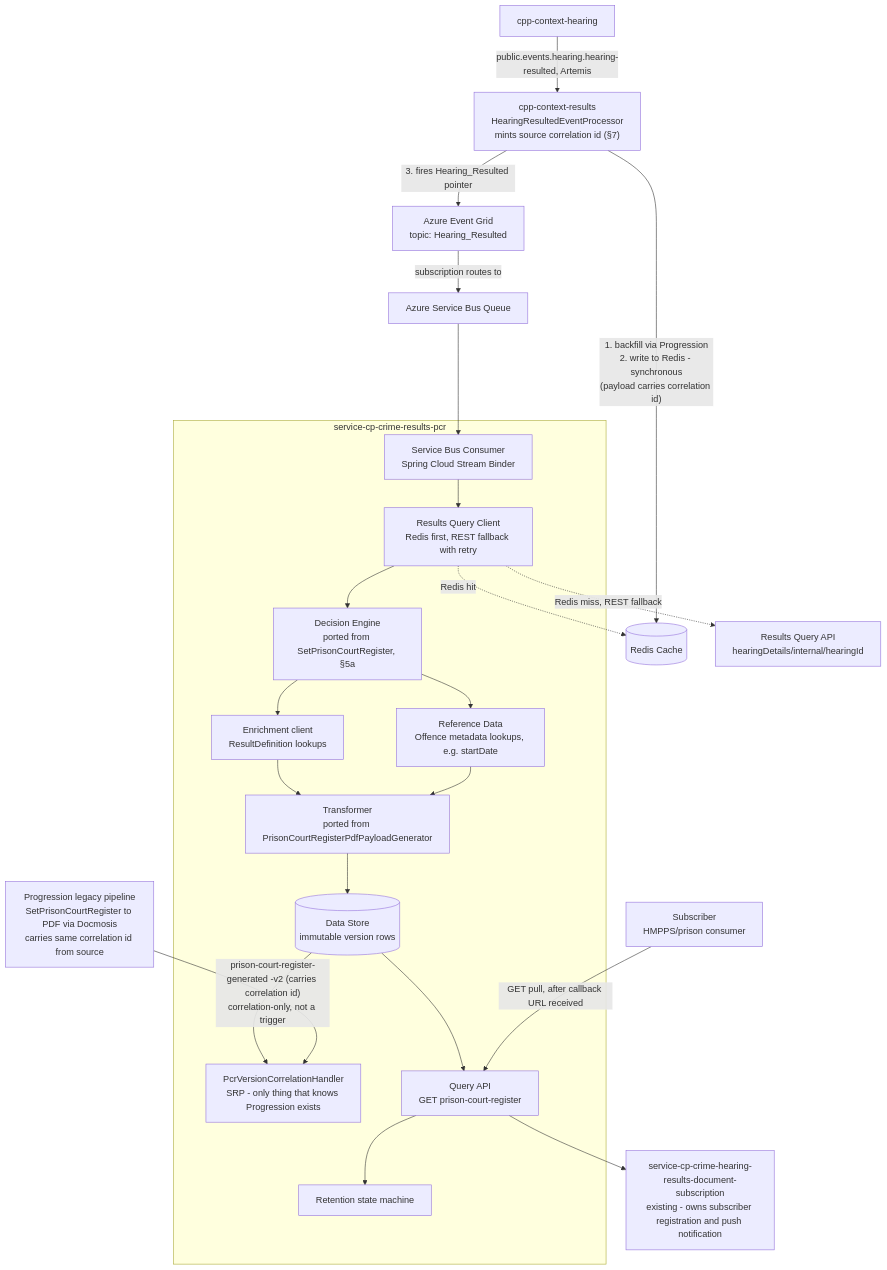
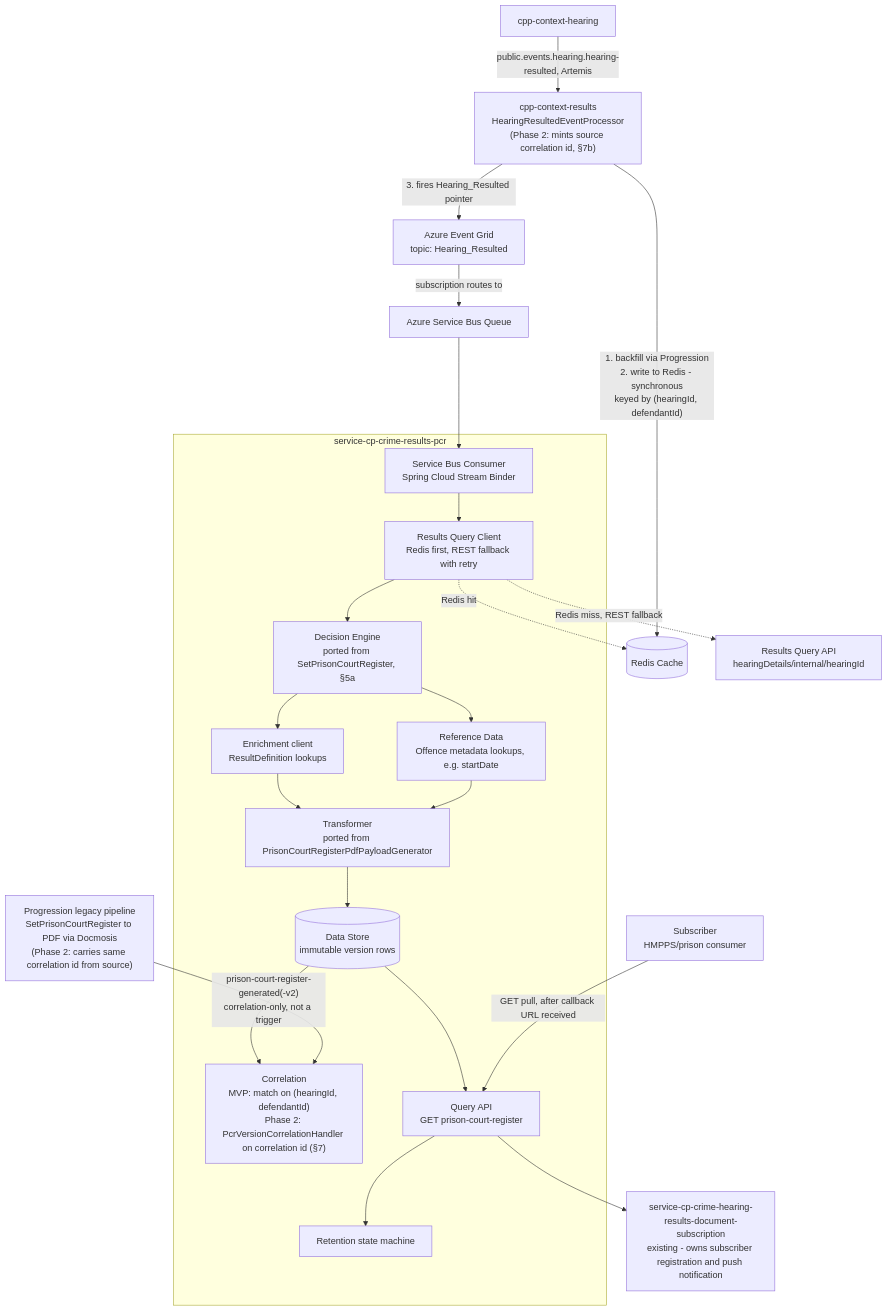
The first of 2 diagrams in docs/2026-07-16-pcr-api-marketplace-design-v2.md (hmcts/service-cp-crime-results-pcr), drawn with Mermaid before and after one commit. The commit also changed other lines of this file, not shown here.

First line of the commit message:
docs: phase correlation — MVP on (hearingId, defendantId), source-minted id deferred to Phase 2

````diff
--- a/docs/2026-07-16-pcr-api-marketplace-design-v2.md
+++ b/docs/2026-07-16-pcr-api-marketplace-design-v2.md
@@ -31,30 +31,30 @@
 ```mermaid
 flowchart TB
-    Hearing["cpp-context-hearing"] -->|"public.events.hearing.hearing-resulted, Artemis"| Results["cpp-context-results<br/>HearingResultedEventProcessor<br/>mints source correlation id (§7)"]
-    Results -->|"1. backfill via Progression<br/>2. write to Redis - synchronous<br/>(payload carries correlation id)"| Redis[("Redis Cache")]
+    Hearing["cpp-context-hearing"] -->|"public.events.hearing.hearing-resulted, Artemis"| Results["cpp-context-results<br/>HearingResultedEventProcessor<br/>(Phase 2: mints source correlation id, §7b)"]
+    Results -->|"1. backfill via Progression<br/>2. write to Redis - synchronous<br/>keyed by (hearingId, defendantId)"| Redis[("Redis Cache")]
     Results -->|"3. fires Hearing_Resulted pointer"| Grid["Azure Event Grid<br/>topic: Hearing_Resulted"]
     Grid -->|"subscription routes to"| Bus["Azure Service Bus Queue"]
     Bus --> Consumer
 
     subgraph PCR["service-cp-crime-results-pcr"]
         Consumer["Service Bus Consumer<br/>Spring Cloud Stream Binder"] --> Query["Results Query Client<br/>Redis first, REST fallback with retry"]
         Query --> Decision["Decision Engine<br/>ported from SetPrisonCourtRegister, §5a"]
         Decision --> Enrich["Enrichment client<br/>ResultDefinition lookups"]
         Decision --> OffenceMeta["Reference Data<br/>Offence metadata lookups, e.g. startDate"]
         Enrich --> Transform["Transformer<br/>ported from PrisonCourtRegisterPdfPayloadGenerator"]
         OffenceMeta --> Transform
         Transform --> Store[("Data Store<br/>immutable version rows")]
-        Store --> Correlator["PcrVersionCorrelationHandler<br/>SRP - only thing that knows Progression exists"]
+        Store --> Correlator["Correlation<br/>MVP: match on (hearingId, defendantId)<br/>Phase 2: PcrVersionCorrelationHandler on correlation id (§7)"]
         Store --> API["Query API<br/>GET prison-court-register"]
         API --> Retention["Retention state machine"]
     end
 
     Query -.->|"Redis hit"| Redis
     Query -.->|"Redis miss, REST fallback"| ResultsAPI["Results Query API<br/>hearingDetails/internal/hearingId"]
 
-    Progression["Progression legacy pipeline<br/>SetPrisonCourtRegister to PDF via Docmosis<br/>carries same correlation id from source"] -->|"prison-court-register-generated -v2 (carries correlation id)<br/>correlation-only, not a trigger"| Correlator
+    Progression["Progression legacy pipeline<br/>SetPrisonCourtRegister to PDF via Docmosis<br/>(Phase 2: carries same correlation id from source)"] -->|"prison-court-register-generated(-v2)<br/>correlation-only, not a trigger"| Correlator
 
     API --> Subscription["service-cp-crime-hearing-results-document-subscription<br/>existing - owns subscriber registration and push notification"]
 
     Subscriber["Subscriber<br/>HMPPS/prison consumer"] -->|"GET pull, after callback URL received"| API
 ```
````
